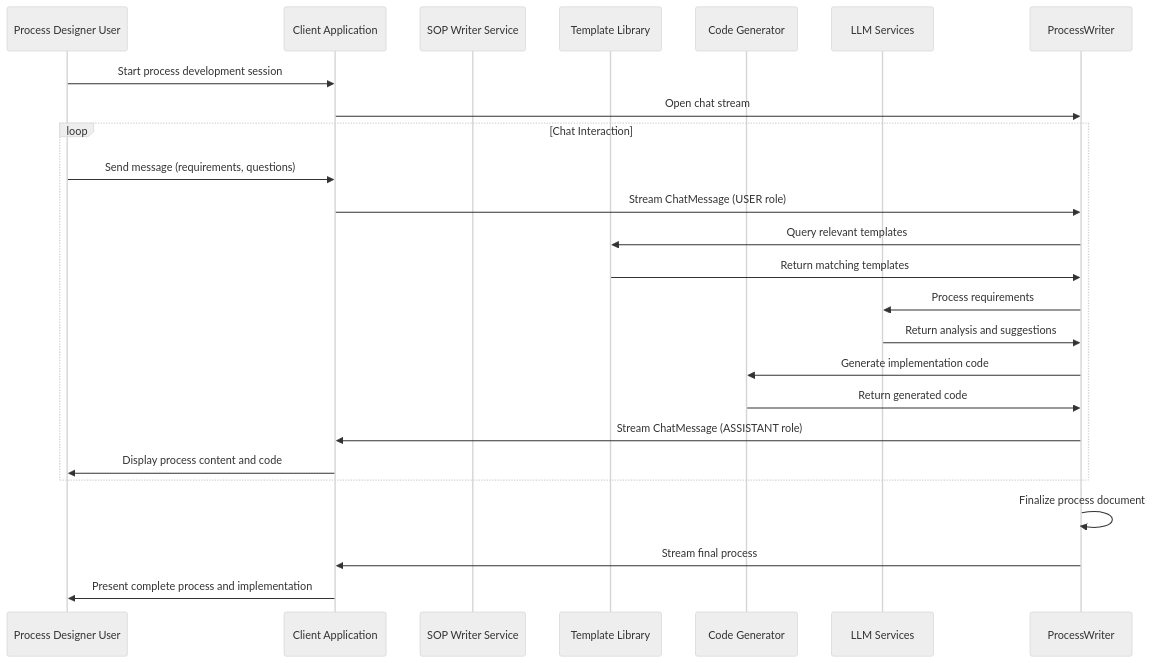
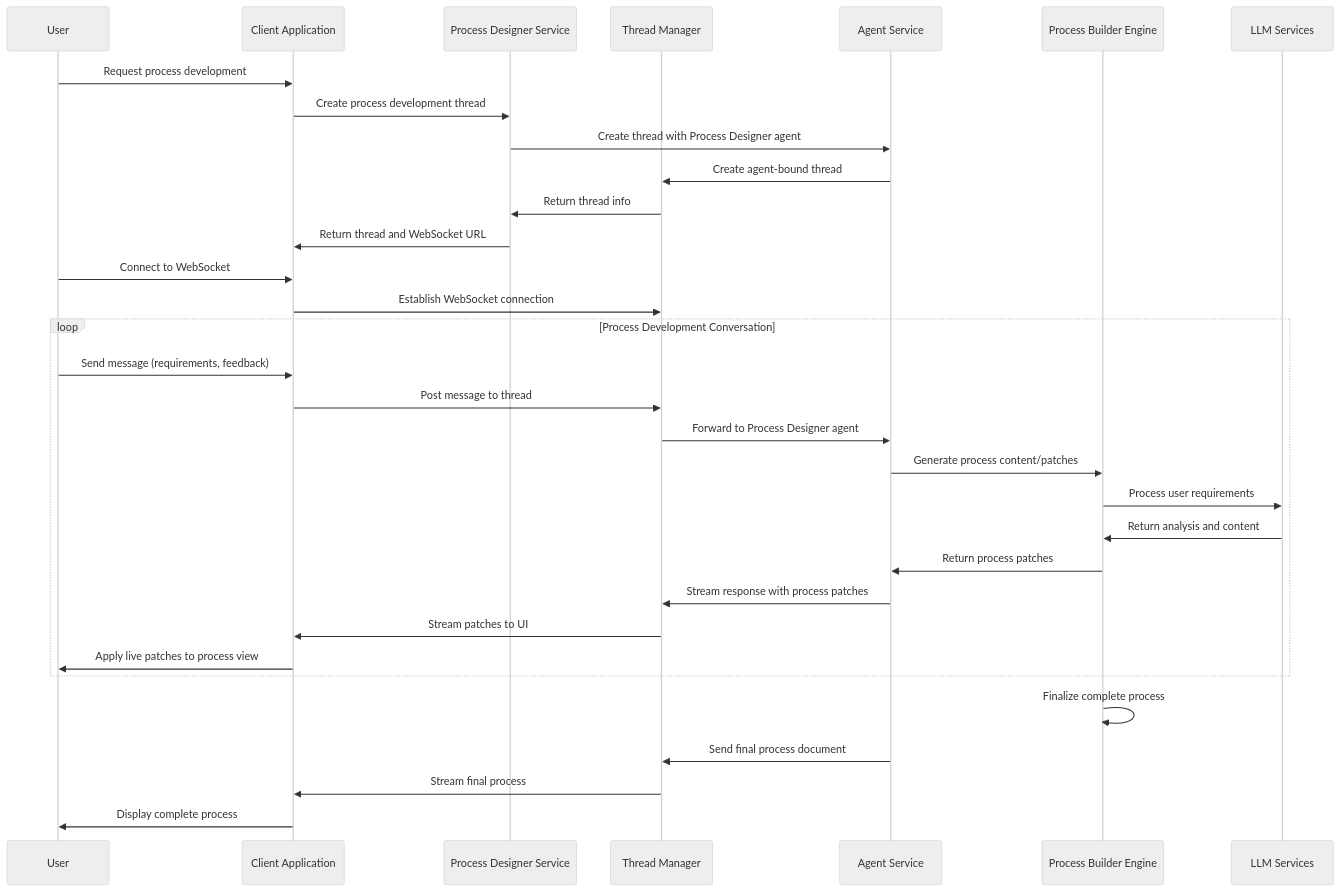
One commit to 3miliano/voyager-architecture changed the diagram in docs/chat-agent-services/process-designer.md. Above: the diagram before and after it, drawn with Mermaid (neutral theme). The commit also changed other lines of this file, not shown here.

First line of the commit message:
Redesign Process Designer for conversational development with live patching

````diff
--- a/docs/chat-agent-services/process-designer.md
+++ b/docs/chat-agent-services/process-designer.md
@@ -102,33 +104,40 @@
 ```mermaid
 sequenceDiagram
-    participant User as Process Designer User
+    participant User as User
     participant Client as Client Application
-    participant SOPWriter as SOP Writer Service
-    participant Templates as Template Library
-    participant CodeGen as Code Generator
+    participant ProcessDesigner as Process Designer Service
+    participant ThreadMgr as Thread Manager
+    participant AgentSvc as Agent Service
+    participant ProcessBuilder as Process Builder Engine
     participant LLM as LLM Services
 
-    User->>Client: Start process development session
-    Client->>ProcessWriter: Open chat stream
+    User->>Client: Request process development
+    Client->>ProcessDesigner: Create process development thread
+    ProcessDesigner->>AgentSvc: Create thread with Process Designer agent
+    AgentSvc->>ThreadMgr: Create agent-bound thread
+    ThreadMgr->>ProcessDesigner: Return thread info
+    ProcessDesigner->>Client: Return thread and WebSocket URL
     
-    loop Chat Interaction
-        User->>Client: Send message (requirements, questions)
-        Client->>ProcessWriter: Stream ChatMessage (USER role)
+    User->>Client: Connect to WebSocket
+    Client->>ThreadMgr: Establish WebSocket connection
+    
+    loop Process Development Conversation
+        User->>Client: Send message (requirements, feedback)
+        Client->>ThreadMgr: Post message to thread
+        ThreadMgr->>AgentSvc: Forward to Process Designer agent
         
-        ProcessWriter->>Templates: Query relevant templates
-        Templates->>ProcessWriter: Return matching templates
+        AgentSvc->>ProcessBuilder: Generate process content/patches
+        ProcessBuilder->>LLM: Process user requirements
+        LLM->>ProcessBuilder: Return analysis and content
+        ProcessBuilder->>AgentSvc: Return process patches
         
-        ProcessWriter->>LLM: Process requirements
-        LLM->>ProcessWriter: Return analysis and suggestions
-        
-        ProcessWriter->>CodeGen: Generate implementation code
-        CodeGen->>ProcessWriter: Return generated code
-        
-        ProcessWriter->>Client: Stream ChatMessage (ASSISTANT role)
-        Client->>User: Display process content and code
+        AgentSvc->>ThreadMgr: Stream response with process patches
+        ThreadMgr->>Client: Stream patches to UI
+        Client->>User: Apply live patches to process view
     end
     
-    ProcessWriter->>ProcessWriter: Finalize process document
-    ProcessWriter->>Client: Stream final process
-    Client->>User: Present complete process and implementation
+    ProcessBuilder->>ProcessBuilder: Finalize complete process
+    AgentSvc->>ThreadMgr: Send final process document
+    ThreadMgr->>Client: Stream final process
+    Client->>User: Display complete process
 ```
````
